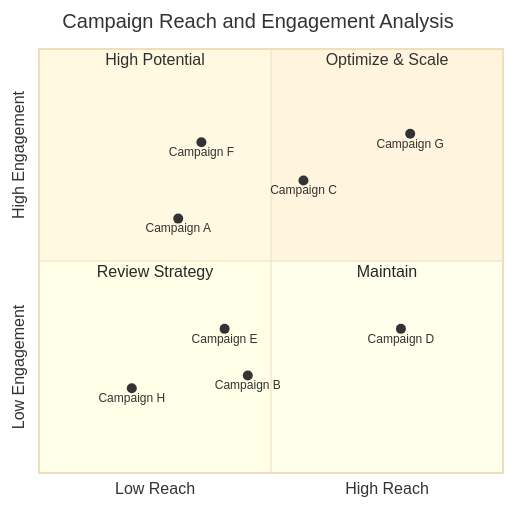
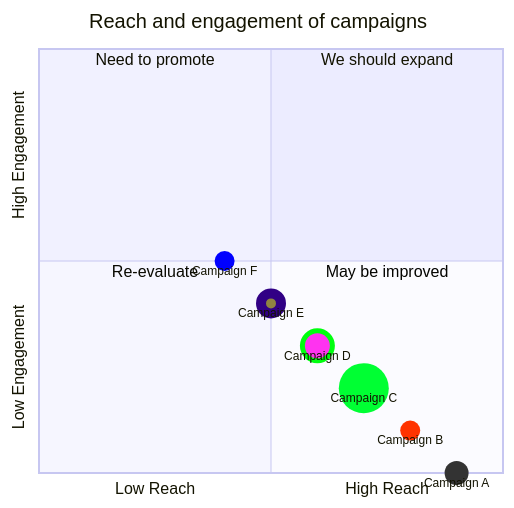
One commit to jkretschmar2/AI-Workflow changed the diagram in Flowcharts/quadrantChart.mmd. Above: the diagram before and after it, drawn with Mermaid. The commit also changed 14 other files, not shown here.

```diff
--- a/Flowcharts/quadrantChart.mmd
+++ b/Flowcharts/quadrantChart.mmd
@@ -1,18 +1,17 @@
-%%{init: {'theme': 'base'}}%%
 quadrantChart
-    title Campaign Reach and Engagement Analysis
-    x-axis Low Reach --> High Reach
-    y-axis Low Engagement --> High Engagement
-    quadrant-1 Optimize & Scale
-    quadrant-2 High Potential
-    quadrant-3 Review Strategy
-    quadrant-4 Maintain
-
-    Campaign A: [0.3, 0.6]
-    Campaign B: [0.45, 0.23]
-    Campaign C: [0.57, 0.69]
-    Campaign D: [0.78, 0.34]
-    Campaign E: [0.40, 0.34]
-    Campaign F: [0.35, 0.78]
-    Campaign G: [0.8, 0.8]
-    Campaign H: [0.2, 0.2]
+  title Reach and engagement of campaigns
+  x-axis Low Reach --> High Reach
+  y-axis Low Engagement --> High Engagement
+  quadrant-1 We should expand
+  quadrant-2 Need to promote
+  quadrant-3 Re-evaluate
+  quadrant-4 May be improved
+  Campaign A: [0.9, 0.0] radius: 12
+  Campaign B:::class1: [0.8, 0.1] color: #ff3300, radius: 10
+  Campaign C: [0.7, 0.2] radius: 25, color: #00ff33, stroke-color: #10f0f0
+  Campaign D: [0.6, 0.3] radius: 15, stroke-color: #00ff0f, stroke-width: 5px ,color: #ff33f0
+  Campaign E:::class2: [0.5, 0.4]
+  Campaign F:::class3: [0.4, 0.5] color: #0000ff
+  classDef class1 color: #109060
+  classDef class2 color: #908342, radius : 10, stroke-color: #310085, stroke-width: 10px
+  classDef class3 color: #f00fff, radius : 10
```
